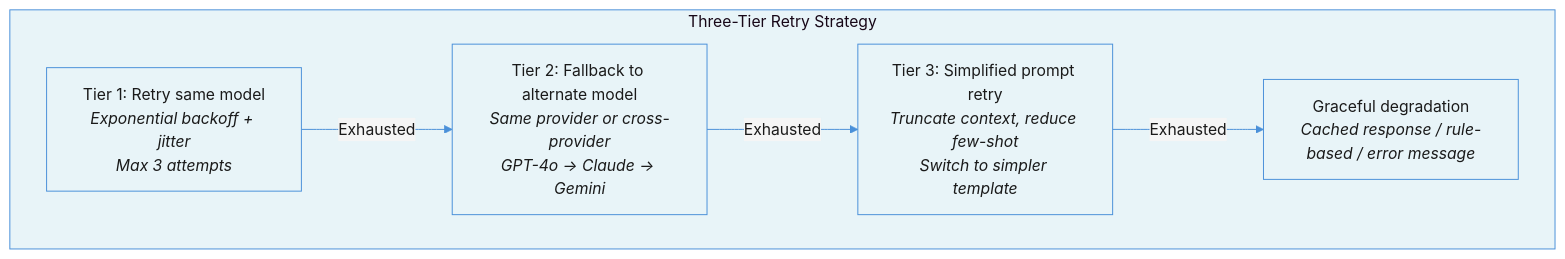
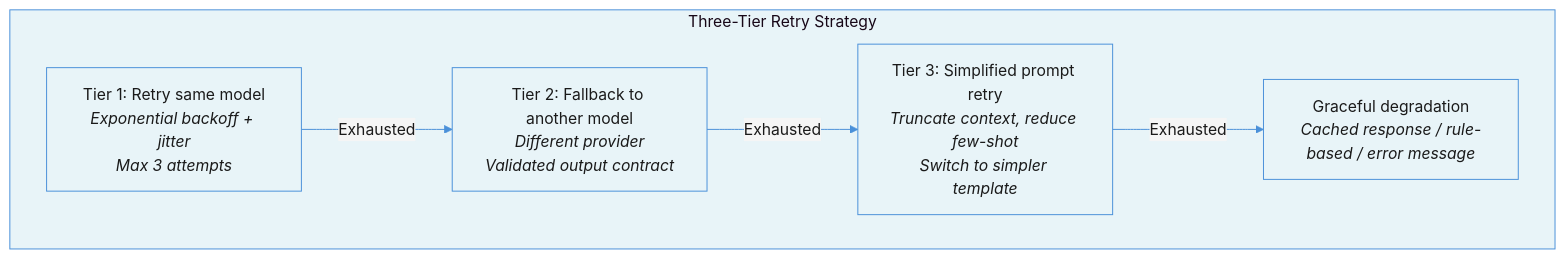
The diagram in docs/reliability-engineering-for-llm-applications.md (Rmohid/agentic-engineering-docs), drawn with Mermaid before and after one commit. The commit also changed other lines of this file and 2 other files, not shown here.

````diff
--- a/docs/reliability-engineering-for-llm-applications.md
+++ b/docs/reliability-engineering-for-llm-applications.md
@@ -71,13 +115,13 @@
 ```mermaid
 %%{init: {'theme': 'base', 'themeVariables': {'primaryColor': '#e8f4f8', 'primaryTextColor': '#1a1a1a', 'primaryBorderColor': '#4a90d9', 'lineColor': '#4a90d9', 'secondaryColor': '#f0e8f8', 'tertiaryColor': '#e8f8e8', 'edgeLabelBackground': '#f5f5f5'}}}%%
 graph TD
     subgraph Retry["Three-Tier Retry Strategy"]
         style Retry fill:#e8f4f8,stroke:#4a90d9
         R1["Tier 1: Retry same model<br/><i>Exponential backoff + jitter</i><br/><i>Max 3 attempts</i>"]
-        R2["Tier 2: Fallback to alternate model<br/><i>Same provider or cross-provider</i><br/><i>GPT-4o → Claude → Gemini</i>"]
+        R2["Tier 2: Fallback to another model<br/><i>Different provider</i><br/><i>Validated output contract</i>"]
         R3["Tier 3: Simplified prompt retry<br/><i>Truncate context, reduce few-shot</i><br/><i>Switch to simpler template</i>"]
         R1 -->|"Exhausted"| R2
         R2 -->|"Exhausted"| R3
         R3 -->|"Exhausted"| FAIL["Graceful degradation<br/><i>Cached response / rule-based / error message</i>"]
     end
 ```
````
